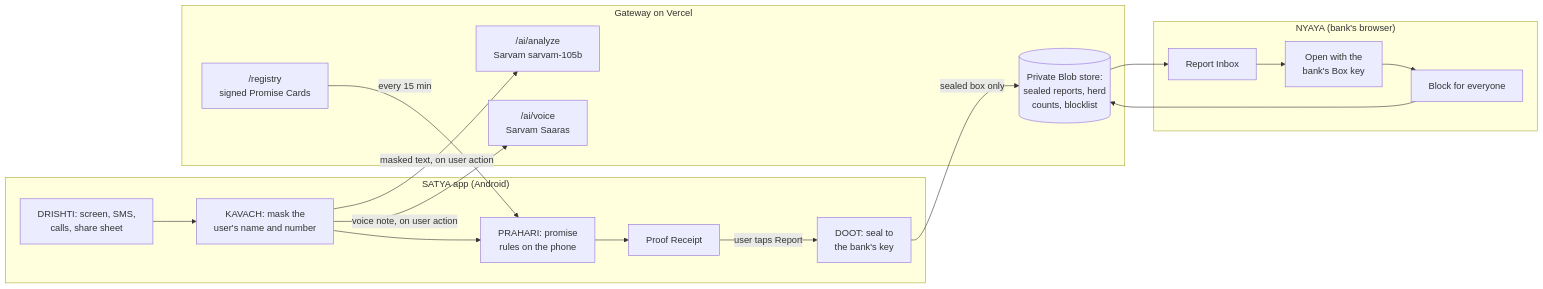
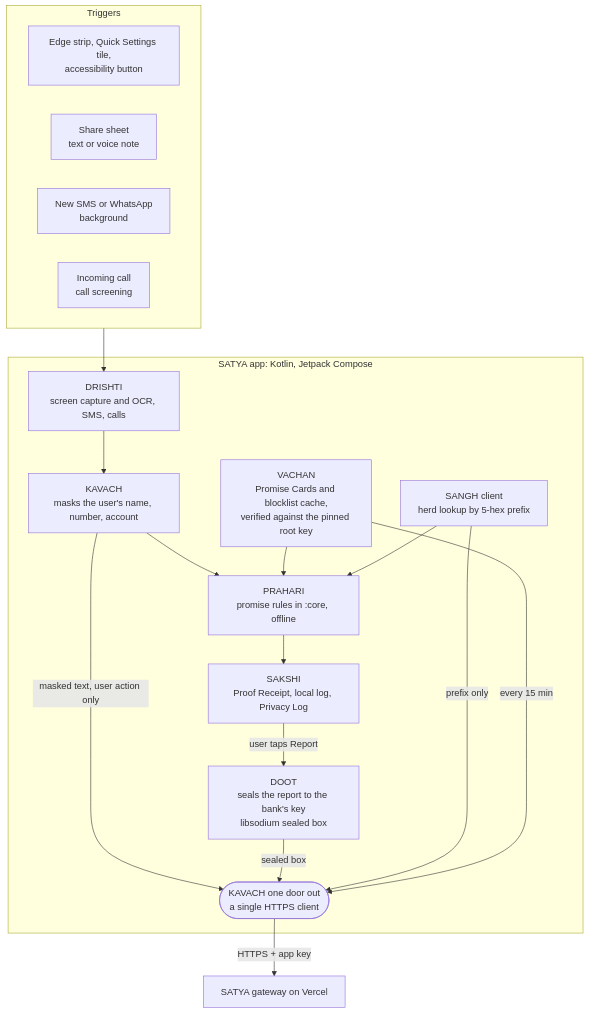
Before and after one commit to shwetank01/SATYA: the first of 3 diagrams in README.md, drawn with Mermaid. The commit also changed other lines of this file and 5 other files, not shown here.

````diff
--- a/README.md
+++ b/README.md
@@ -70,25 +95,30 @@
 ```mermaid
-flowchart LR
-    subgraph Phone["SATYA app (Android)"]
-        D["DRISHTI: screen, SMS,<br/>calls, share sheet"] --> K["KAVACH: mask the<br/>user's name and number"]
-        K --> P["PRAHARI: promise<br/>rules on the phone"]
-        P --> R[Proof Receipt]
-        R -->|user taps Report| S["DOOT: seal to<br/>the bank's key"]
+flowchart TB
+    subgraph Triggers["Triggers"]
+        T1["Edge strip, Quick Settings tile,<br/>accessibility button"]
+        T2["Share sheet<br/>text or voice note"]
+        T3["New SMS or WhatsApp<br/>background"]
+        T4["Incoming call<br/>call screening"]
     end
-    subgraph Cloud["Gateway on Vercel"]
-        A["/ai/analyze<br/>Sarvam sarvam-105b"]
-        V["/ai/voice<br/>Sarvam Saaras"]
-        H[("Private Blob store:<br/>sealed reports, herd<br/>counts, blocklist")]
-        G["/registry<br/>signed Promise Cards"]
+    subgraph App["SATYA app: Kotlin, Jetpack Compose"]
+        D["DRISHTI<br/>screen capture and OCR, SMS, calls"]
+        K["KAVACH<br/>masks the user's name, number, account"]
+        P["PRAHARI<br/>promise rules in :core, offline"]
+        S["SAKSHI<br/>Proof Receipt, local log, Privacy Log"]
+        O["DOOT<br/>seals the report to the bank's key<br/>libsodium sealed box"]
+        V["VACHAN<br/>Promise Cards and blocklist cache,<br/>verified against the pinned root key"]
+        H["SANGH client<br/>herd lookup by 5-hex prefix"]
+        X(["KAVACH one door out<br/>a single HTTPS client"])
     end
-    subgraph Bank["NYAYA (bank's browser)"]
-        I[Report Inbox] --> O["Open with the<br/>bank's Box key"]
-        O --> X[Block for everyone]
-    end
-    K -- "masked text, on user action" --> A
-    K -- "voice note, on user action" --> V
-    S -- "sealed box only" --> H
-    H --> I
-    X --> H
-    G -- "every 15 min" --> P
+    G["SATYA gateway on Vercel"]
+    Triggers --> D
+    D --> K --> P --> S
+    V --> P
+    H --> P
+    S -- "user taps Report" --> O
+    K -- "masked text, user action only" --> X
+    O -- "sealed box" --> X
+    H -- "prefix only" --> X
+    V -- "every 15 min" --> X
+    X -- "HTTPS + app key" --> G
 ```
````
